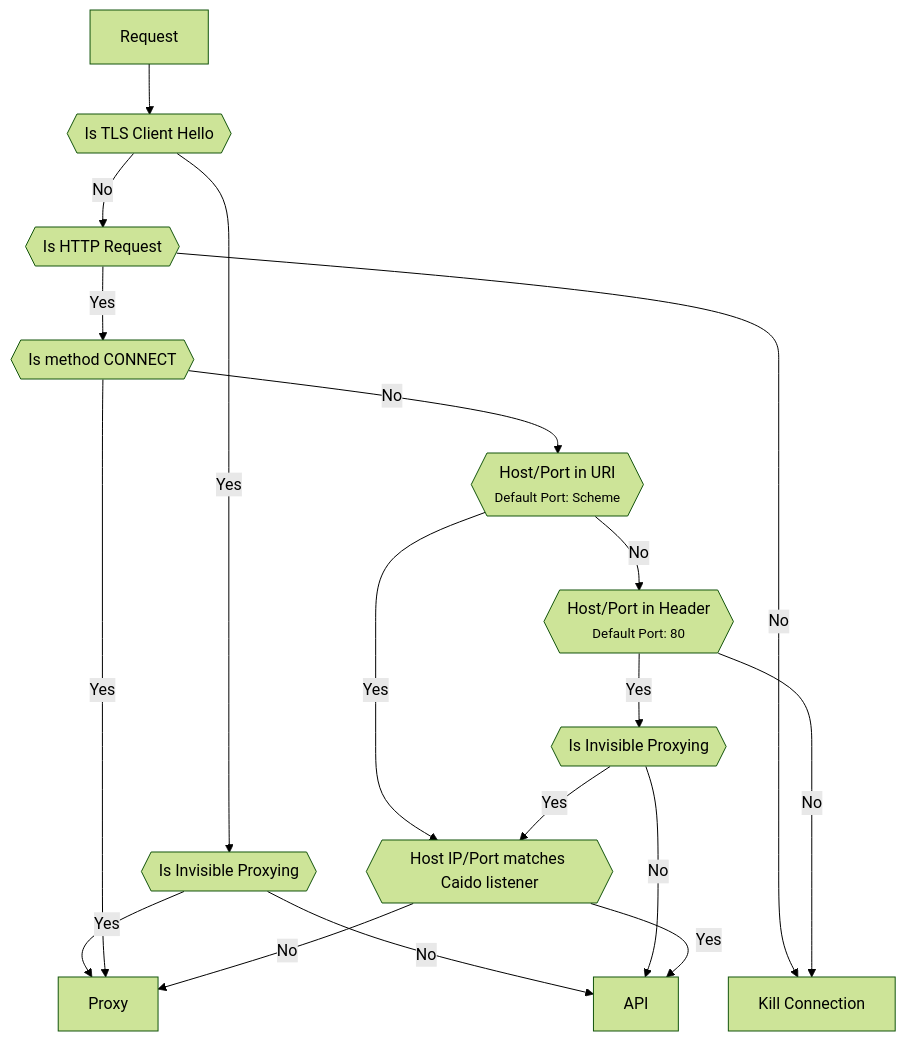
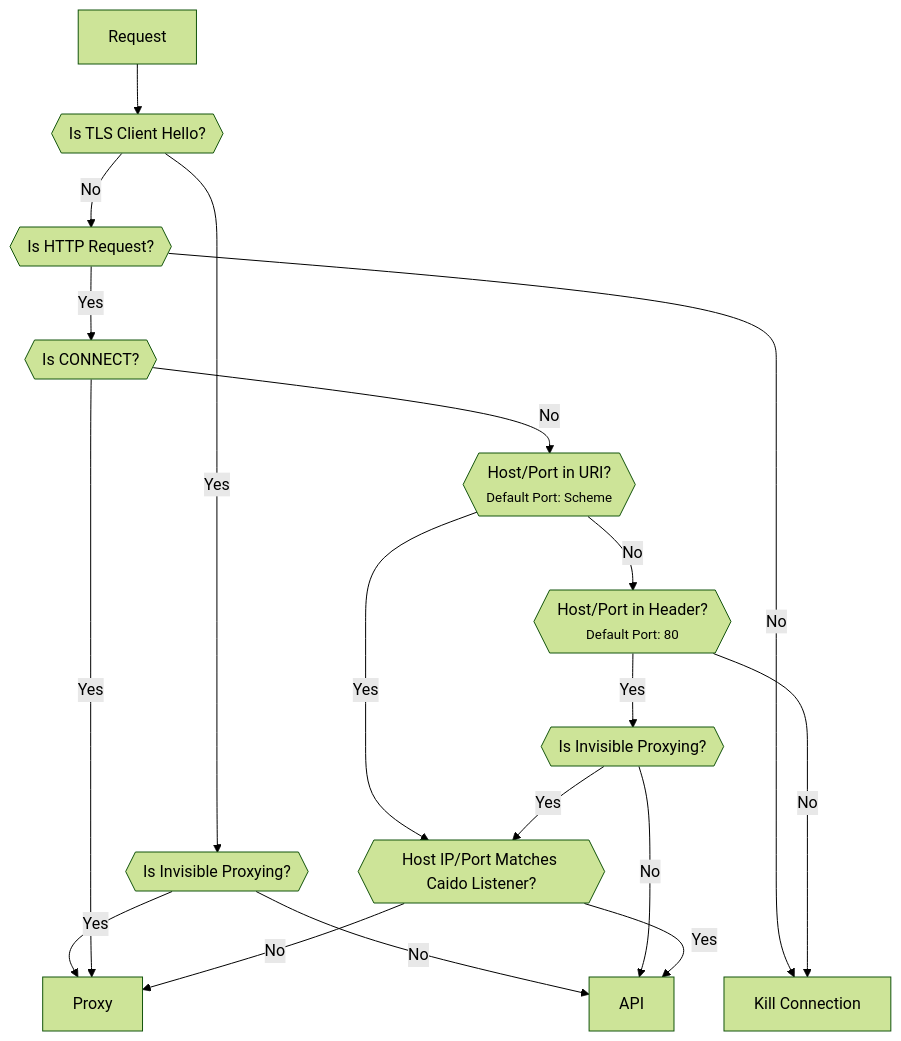
One commit to caido/documentation changed the first of 2 diagrams in src/concepts/traffic_splitting.md. Above: the diagram before and after it, drawn with Mermaid (forest theme). The commit also changed other lines of this file and 3 other files, not shown here.

````diff
--- a/src/concepts/traffic_splitting.md
+++ b/src/concepts/traffic_splitting.md
@@ -22,20 +22,20 @@
 ```mermaid
 flowchart TD
-  Request --> TLS{{Is TLS Client Hello}}
-  TLS --Yes --> InvisibleTLS{{Is Invisible Proxying}}
-  TLS --No --> HTTP{{Is HTTP Request}}
+  Request --> TLS{{Is TLS Client Hello?}}
+  TLS --Yes --> InvisibleTLS{{Is Invisible Proxying?}}
+  TLS --No --> HTTP{{Is HTTP Request?}}
   InvisibleTLS --Yes --> Proxy
   InvisibleTLS --No --> API
   HTTP ---->|No| Kill[Kill Connection]
-  HTTP --Yes --> Connect{{Is method CONNECT}}
+  HTTP --Yes --> Connect{{Is CONNECT?}}
   Connect --Yes --> Proxy
-  Connect --No --> Tunnel{{Host/Port in URI<br><small>Default Port: Scheme</small>}}
-  Tunnel --Yes --> DNS{{Host IP/Port matches Caido listener}}
-  Tunnel --No --> Direct{{Host/Port in Header<br><small>Default Port: 80</small>}}
+  Connect --No --> Tunnel{{Host/Port in URI?<br><small>Default Port: Scheme</small>}}
+  Tunnel --Yes --> DNS{{Host IP/Port Matches Caido Listener?}}
+  Tunnel --No --> Direct{{Host/Port in Header?<br><small>Default Port: 80</small>}}
   Direct ---->|No| Kill
-  Direct --Yes --> InvisibleHttp{{Is Invisible Proxying}}
+  Direct --Yes --> InvisibleHttp{{Is Invisible Proxying?}}
   InvisibleHttp --No --> API
   InvisibleHttp --Yes --> DNS
   DNS --Yes --> API
   DNS --No --> Proxy
 ```
````
